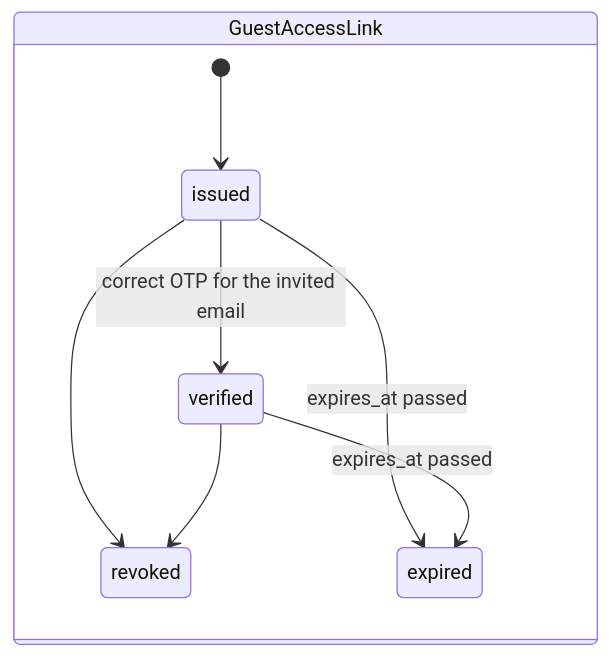
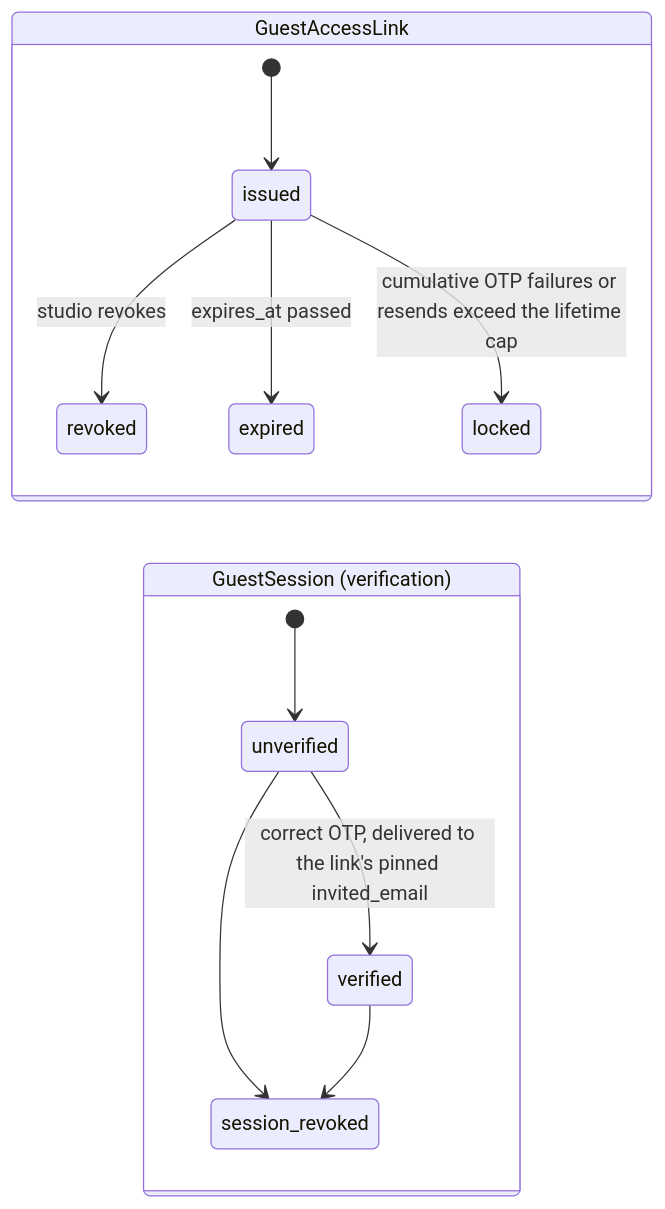
One commit to khalidsohaibrana/proofdesk changed the fourth of 5 diagrams in docs/adr/0003-domain-and-authorization-model.md. Above: the diagram before and after it, drawn with Mermaid. The commit also changed other lines of this file and 1 other file, not shown here.

````diff
--- a/docs/adr/0003-domain-and-authorization-model.md
+++ b/docs/adr/0003-domain-and-authorization-model.md
@@ -199,12 +203,16 @@
 ```mermaid
 stateDiagram-v2
     direction LR
     state "GuestAccessLink" as G {
         [*] --> issued
-        issued --> verified : correct OTP for the invited email
-        issued --> revoked
-        verified --> revoked
+        issued --> revoked : studio revokes
         issued --> expired : expires_at passed
-        verified --> expired : expires_at passed
+        issued --> locked : cumulative OTP failures or resends exceed the lifetime cap
+    }
+    state "GuestSession (verification)" as GS {
+        [*] --> unverified
+        unverified --> verified : correct OTP, delivered to the link's pinned invited_email
+        unverified --> session_revoked
+        verified --> session_revoked
     }
 ```
````
